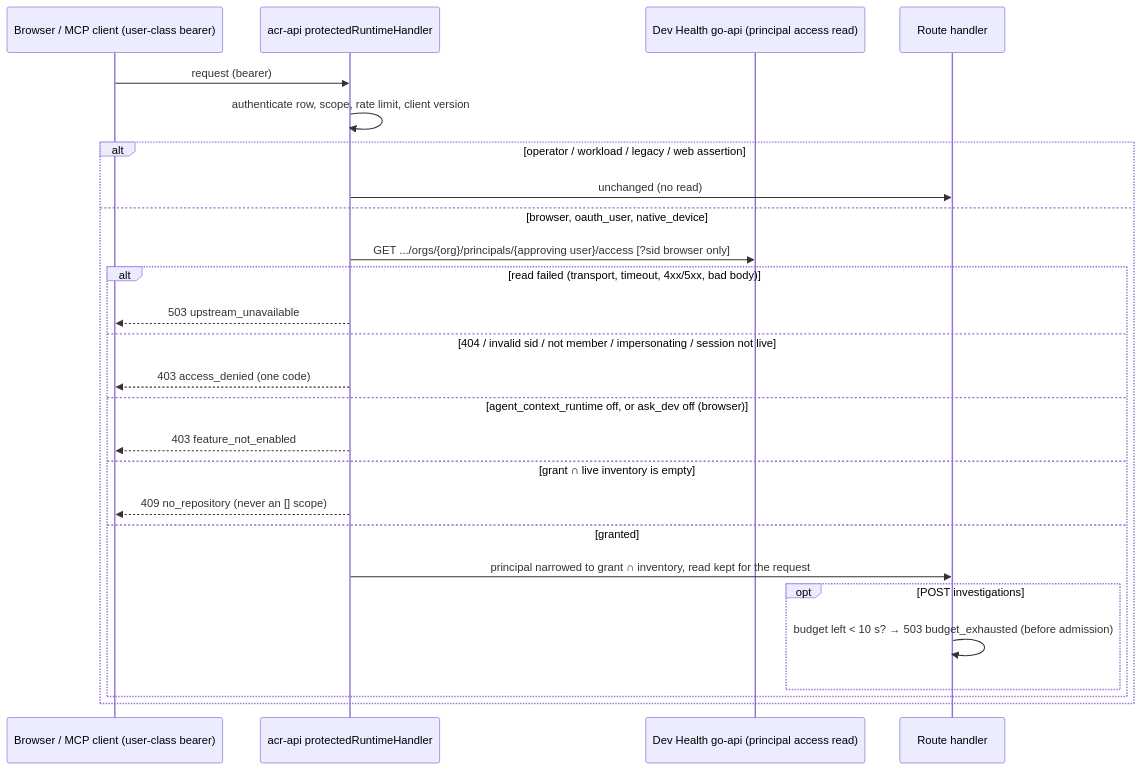
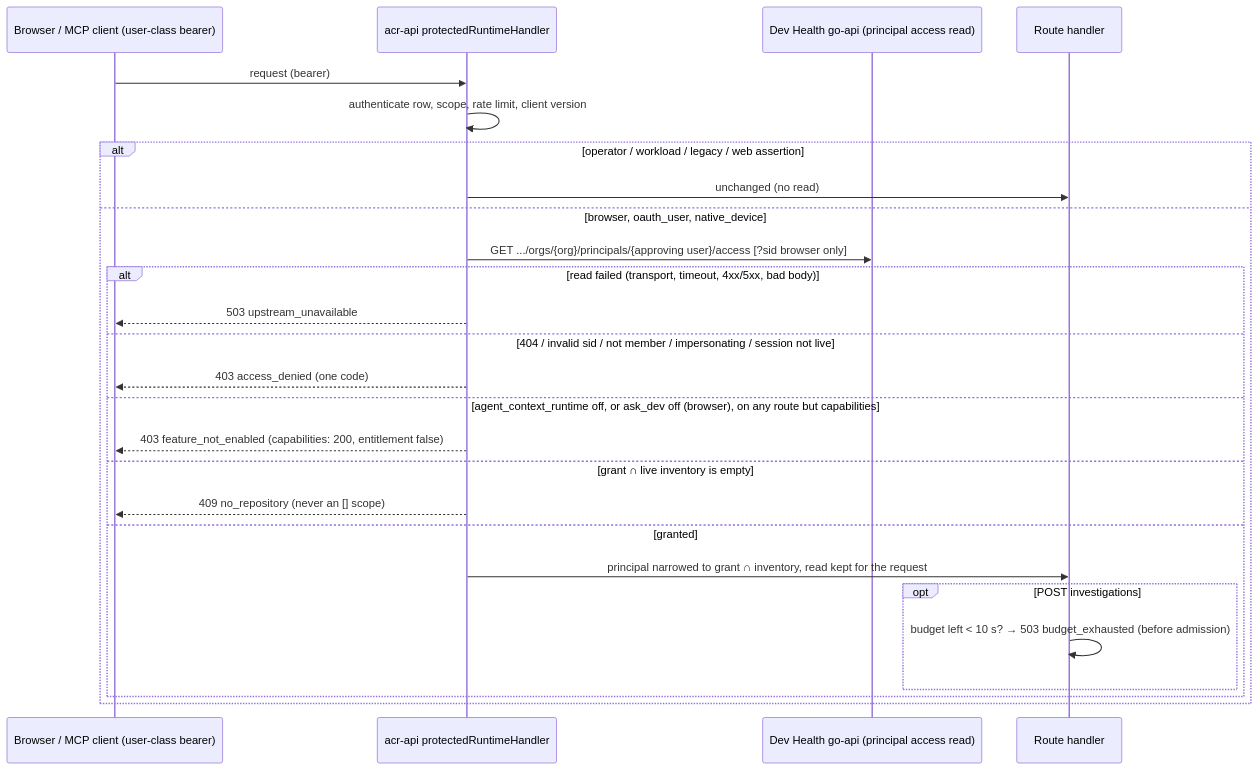
One commit to full-chaos/dev-health-acr changed diagram 34 of 34 in docs/design/context-fabric-architecture-diagrams.md. Above: the diagram before and after it, drawn with Mermaid. The commit also changed 7 other files, not shown here.

First line of the commit message:
feat(auth): report a live flag off on capabilities instead of refusing it

````diff
--- a/docs/design/context-fabric-architecture-diagrams.md
+++ b/docs/design/context-fabric-architecture-diagrams.md
@@ -3560,29 +3560,29 @@
 ```mermaid
 sequenceDiagram
   participant C as Browser / MCP client (user-class bearer)
   participant A as acr-api protectedRuntimeHandler
   participant O as Dev Health go-api (principal access read)
   participant H as Route handler
 
   C->>A: request (bearer)
   A->>A: authenticate row, scope, rate limit, client version
   alt operator / workload / legacy / web assertion
     A->>H: unchanged (no read)
   else browser, oauth_user, native_device
     A->>O: GET .../orgs/{org}/principals/{approving user}/access [?sid browser only]
     alt read failed (transport, timeout, 4xx/5xx, bad body)
       A-->>C: 503 upstream_unavailable
     else 404 / invalid sid / not member / impersonating / session not live
       A-->>C: 403 access_denied (one code)
-    else agent_context_runtime off, or ask_dev off (browser)
-      A-->>C: 403 feature_not_enabled
+    else agent_context_runtime off, or ask_dev off (browser), on any route but capabilities
+      A-->>C: 403 feature_not_enabled (capabilities: 200, entitlement false)
     else grant ∩ live inventory is empty
       A-->>C: 409 no_repository (never an [] scope)
     else granted
       A->>H: principal narrowed to grant ∩ inventory, read kept for the request
       opt POST investigations
         H->>H: budget left < 10 s? → 503 budget_exhausted (before admission)
       end
     end
   end
 ```
````
